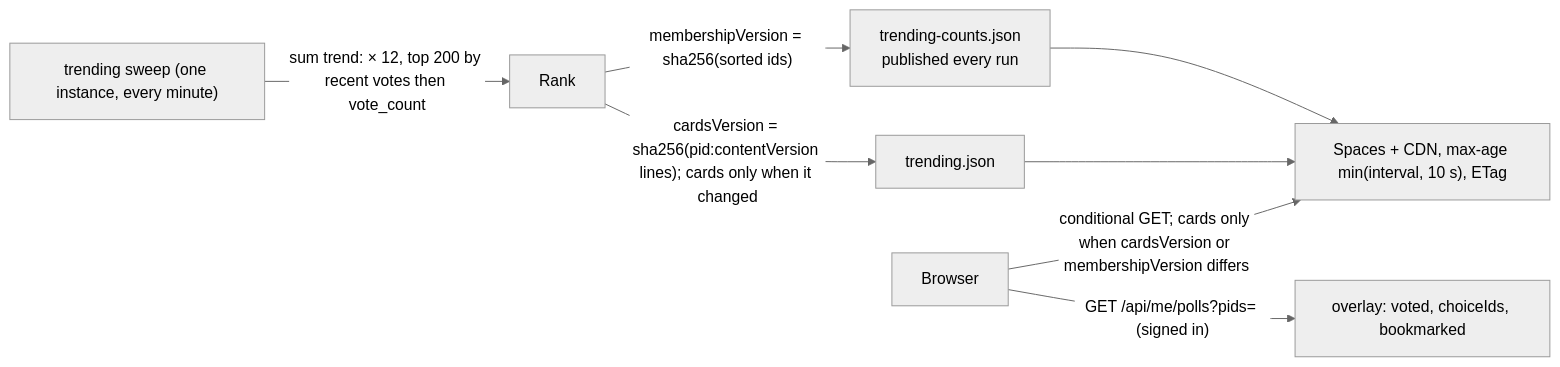
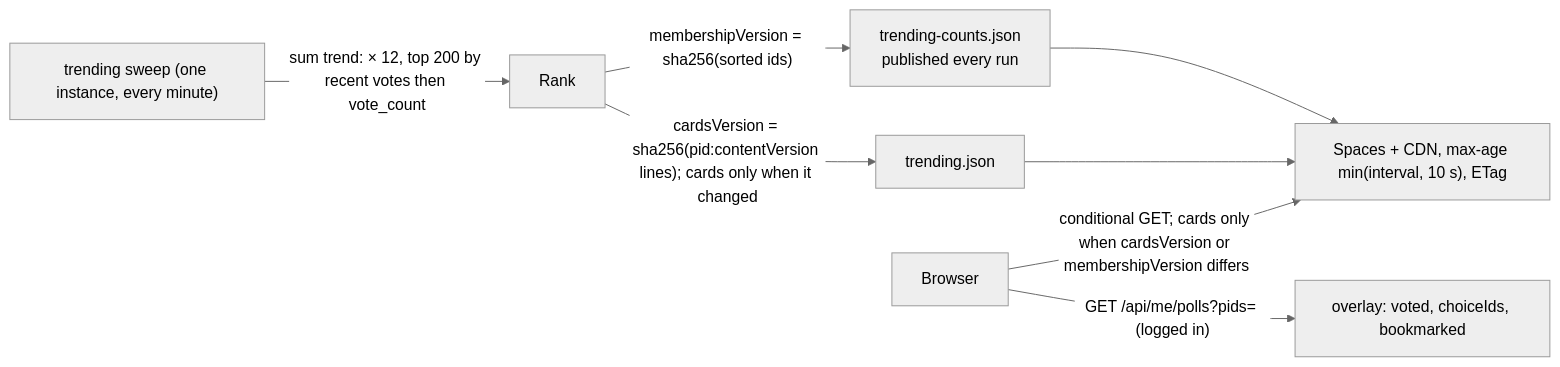
The eighth of 17 diagrams in ARCHITECTURE.md (roadraceresults/crowdpoll), drawn with Mermaid (neutral theme) before and after one commit. The commit also changed other lines of this file and 166 other files, not shown here.

````diff
--- a/ARCHITECTURE.md
+++ b/ARCHITECTURE.md
@@ -478,10 +478,10 @@
 ```mermaid
 flowchart LR
   Sweep["trending sweep (one instance, every minute)"]
   Sweep -- "sum trend:<bucket> × 12, top 200 by recent votes then vote_count" --> Rank
   Rank -- "membershipVersion = sha256(sorted ids)" --> Counts["trending-counts.json<br/>published every run"]
   Rank -- "cardsVersion = sha256(pid:contentVersion lines); cards only when it changed" --> Cards["trending.json"]
   Counts & Cards --> CDN["Spaces + CDN, max-age min(interval, 10 s), ETag"]
   Browser -- "conditional GET; cards only when cardsVersion or membershipVersion differs" --> CDN
-  Browser -- "GET /api/me/polls?pids= (signed in)" --> Overlay["overlay: voted, choiceIds, bookmarked"]
+  Browser -- "GET /api/me/polls?pids= (logged in)" --> Overlay["overlay: voted, choiceIds, bookmarked"]
 ```
````
